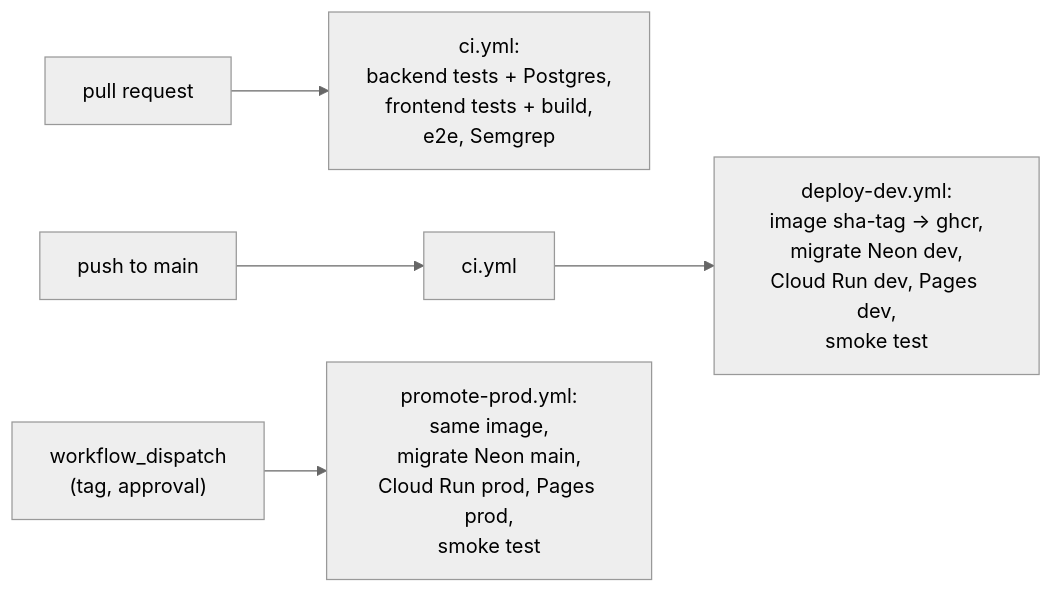
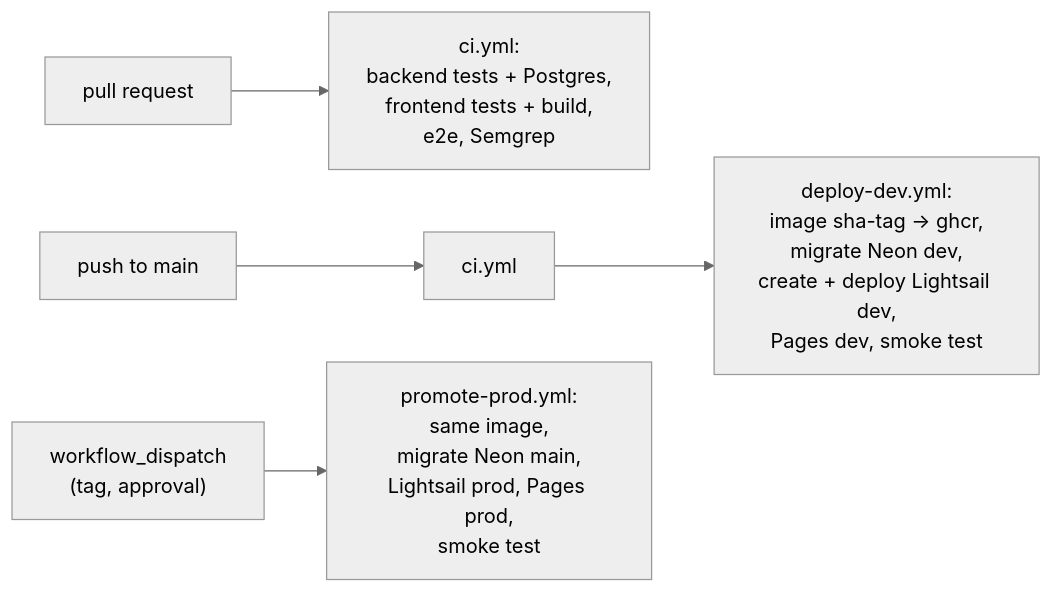
One commit to vadimvvlasov/anti-scope-creep changed the fifth of 5 diagrams in docs/architecture.md. Above: the diagram before and after it, drawn with Mermaid (neutral theme). The commit also changed other lines of this file and 3 other files, not shown here.

First line of the commit message:
docs: move backend hosting from Cloud Run to AWS Lightsail

````diff
--- a/docs/architecture.md
+++ b/docs/architecture.md
@@ -252,6 +243,6 @@
 ```mermaid
 flowchart LR
     PR["pull request"] --> CI["ci.yml:<br/>backend tests + Postgres,<br/>frontend tests + build,<br/>e2e, Semgrep"]
-    M["push to main"] --> CI2["ci.yml"] --> DEV["deploy-dev.yml:<br/>image sha-tag -> ghcr,<br/>migrate Neon dev,<br/>Cloud Run dev, Pages dev,<br/>smoke test"]
-    WD["workflow_dispatch<br/>(tag, approval)"] --> PROD["promote-prod.yml:<br/>same image,<br/>migrate Neon main,<br/>Cloud Run prod, Pages prod,<br/>smoke test"]
+    M["push to main"] --> CI2["ci.yml"] --> DEV["deploy-dev.yml:<br/>image sha-tag -> ghcr,<br/>migrate Neon dev,<br/>create + deploy Lightsail dev,<br/>Pages dev, smoke test"]
+    WD["workflow_dispatch<br/>(tag, approval)"] --> PROD["promote-prod.yml:<br/>same image,<br/>migrate Neon main,<br/>Lightsail prod, Pages prod,<br/>smoke test"]
 ```
````
